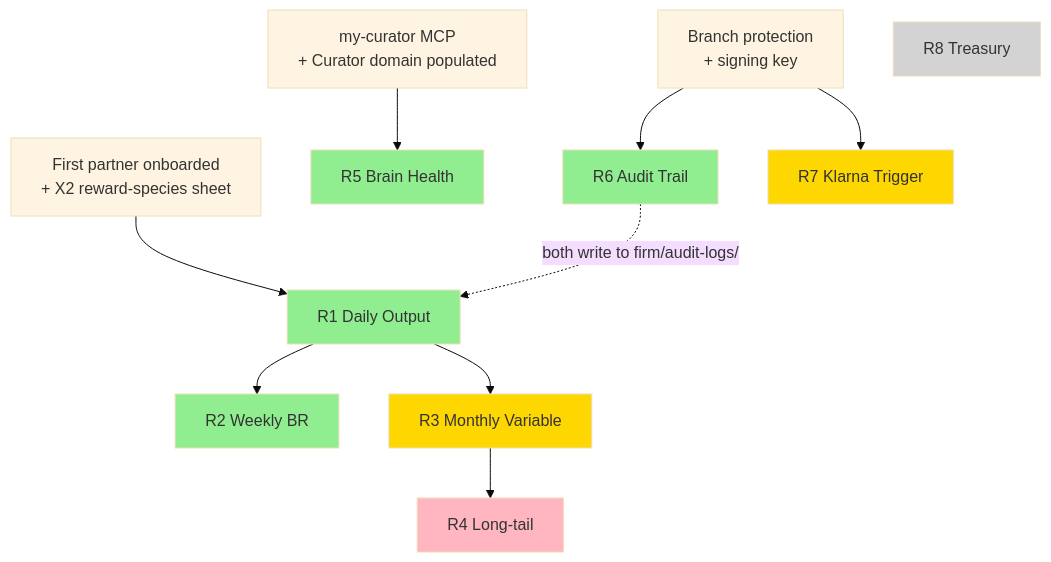
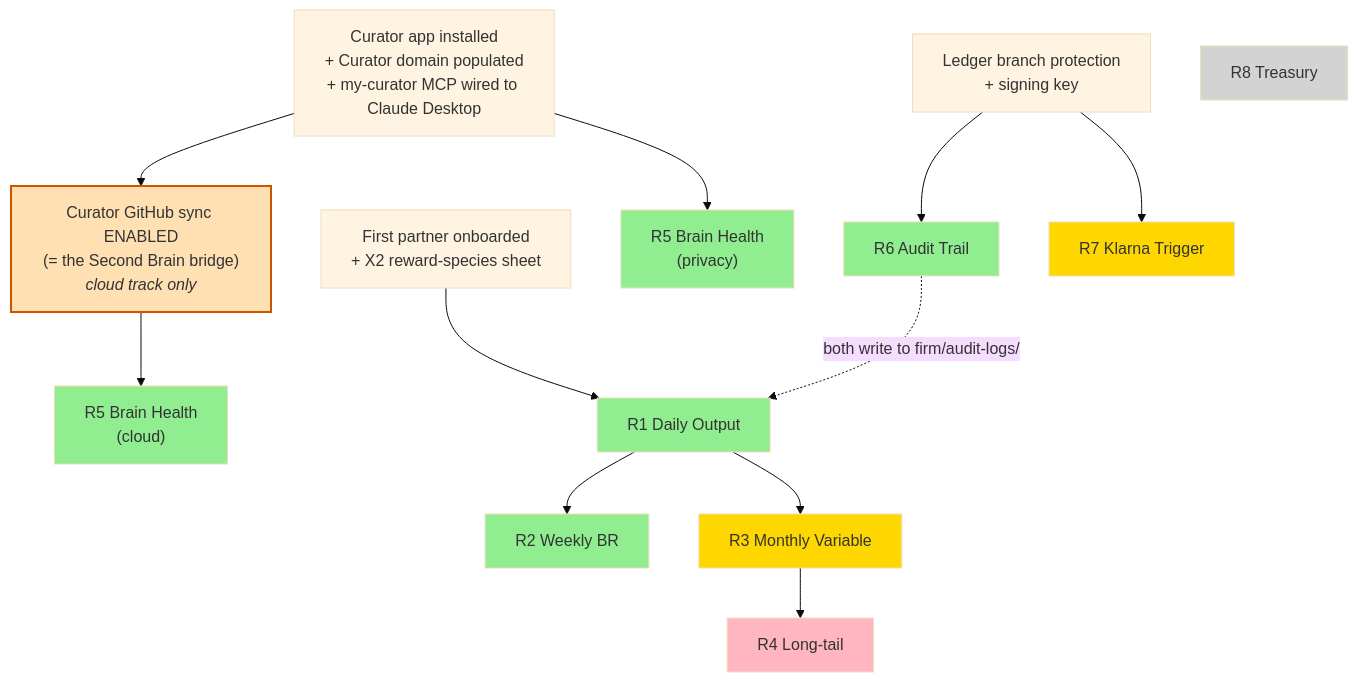
Before and after one commit to talirezun/oot-framework: the fourth of 4 diagrams in docs/AUTOMATION-PIPELINE.md, drawn with Mermaid (base theme). The commit also changed other lines of this file and 11 other files, not shown here.

First line of the commit message:
fix-bridge-sync: align diagrams, R6, privacy routines, S3/S12 with bridge architecture

````diff
--- a/docs/AUTOMATION-PIPELINE.md
+++ b/docs/AUTOMATION-PIPELINE.md
@@ -375,37 +400,43 @@
 ```mermaid
 graph TD
-    Curator[my-curator MCP<br/>+ Curator domain populated]
-    Branch[Branch protection<br/>+ signing key]
+    Curator[Curator app installed<br/>+ Curator domain populated<br/>+ my-curator MCP wired to Claude Desktop]
+    Bridge["Curator GitHub sync ENABLED<br/>(= the Second Brain bridge)<br/><i>cloud track only</i>"]
+    Branch[Ledger branch protection<br/>+ signing key]
     Partner[First partner onboarded<br/>+ X2 reward-species sheet]
 
-    R5[R5 Brain Health]
+    R5_cloud["R5 Brain Health<br/>(cloud)"]
+    R5_privacy["R5 Brain Health<br/>(privacy)"]
     R6[R6 Audit Trail]
     R1[R1 Daily Output]
     R2[R2 Weekly BR]
     R3[R3 Monthly Variable]
     R4[R4 Long-tail]
     R7[R7 Klarna Trigger]
     R8[R8 Treasury]
 
-    Curator --> R5
+    Curator --> Bridge
+    Curator --> R5_privacy
+    Bridge --> R5_cloud
     Branch --> R6
     Partner --> R1
     R1 --> R2
     R1 --> R3
     R3 --> R4
     Branch --> R7
     R6 -.both write to firm/audit-logs/.-> R1
 
     style Curator fill:#fff4e1
+    style Bridge fill:#ffe0b3,stroke:#cc5500,stroke-width:2px
     style Branch fill:#fff4e1
     style Partner fill:#fff4e1
 
-    style R5 fill:#90EE90
+    style R5_cloud fill:#90EE90
+    style R5_privacy fill:#90EE90
     style R6 fill:#90EE90
     style R1 fill:#90EE90
     style R2 fill:#90EE90
     style R3 fill:#FFD700
     style R7 fill:#FFD700
     style R4 fill:#FFB6C1
     style R8 fill:#D3D3D3
 ```
````
